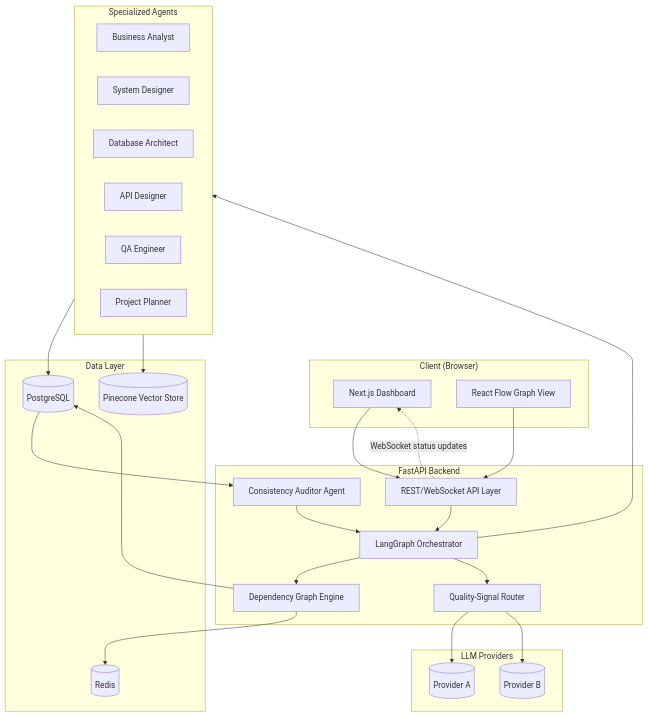
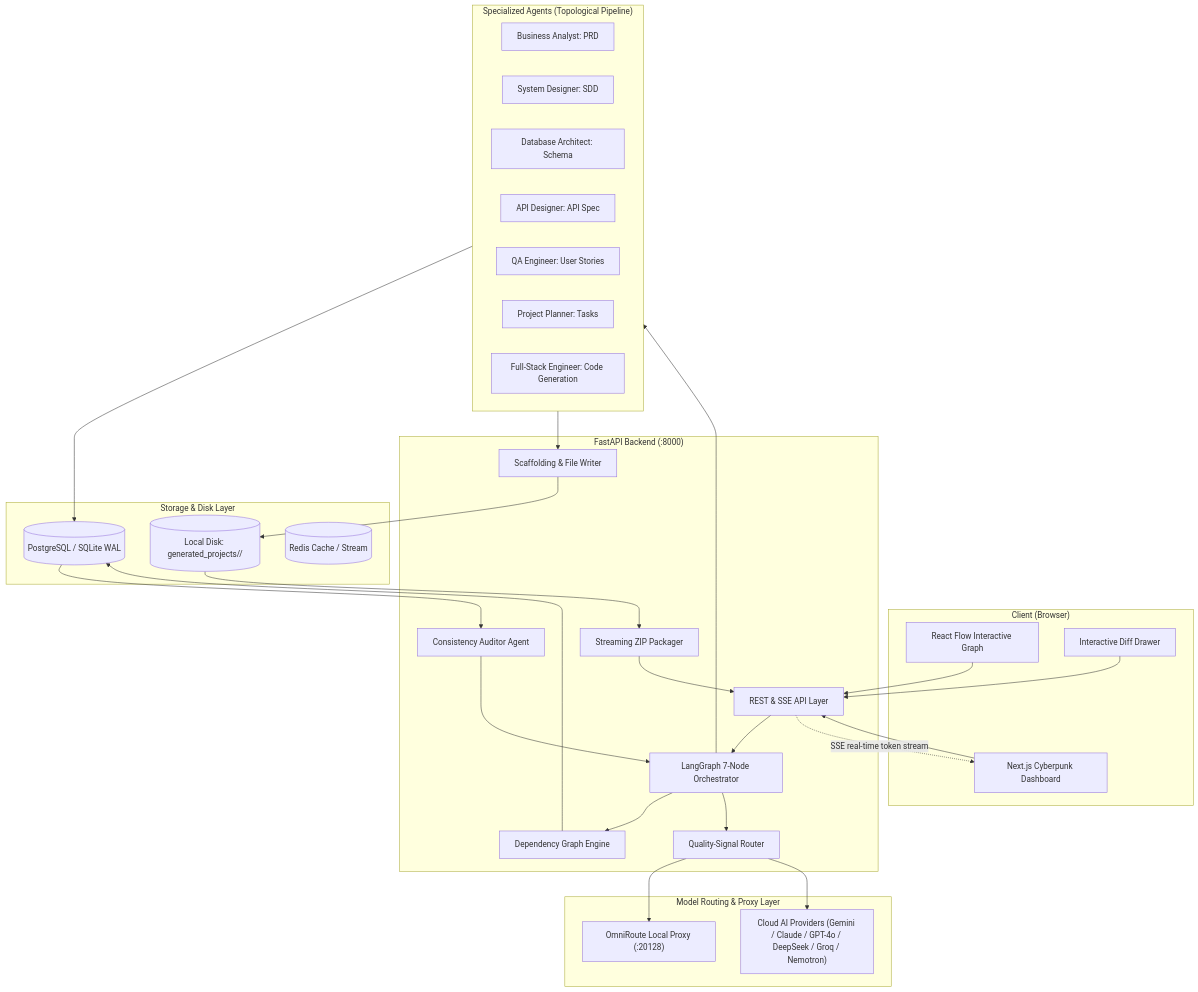
One commit to harishy0406/AgentFlow changed the first of 2 diagrams in docs/architecture.md. Above: the diagram before and after it, drawn with Mermaid. The commit also changed other lines of this file and 3 other files, not shown here.

Commit message:
docs: update PRD, SDD, architecture, and implementation plan with 7-node DAG, OmniRoute, and code scaffolding

````diff
--- a/docs/architecture.md
+++ b/docs/architecture.md
@@ -37,51 +39,58 @@
 ```mermaid
 flowchart TB
     subgraph Client["Client (Browser)"]
-        UI[Next.js Dashboard]
-        RF[React Flow Graph View]
+        UI[Next.js Cyberpunk Dashboard]
+        RF[React Flow Interactive Graph]
+        DIFF[Interactive Diff Drawer]
     end
 
-    subgraph Backend["FastAPI Backend"]
-        API[REST/WebSocket API Layer]
-        ORCH[LangGraph Orchestrator]
+    subgraph Backend["FastAPI Backend (:8000)"]
+        API[REST & SSE API Layer]
+        ORCH[LangGraph 7-Node Orchestrator]
         GRAPH[Dependency Graph Engine]
         ROUTER[Quality-Signal Router]
         AUDIT[Consistency Auditor Agent]
+        SCAFF[Scaffolding & File Writer]
+        ZIP[Streaming ZIP Packager]
     end
 
-    subgraph Agents["Specialized Agents"]
-        BA[Business Analyst]
-        SD[System Designer]
-        DA[Database Architect]
-        AD[API Designer]
-        QA[QA Engineer]
-        PP[Project Planner]
+    subgraph Agents["Specialized Agents (Topological Pipeline)"]
+        BA[Business Analyst: PRD]
+        SD[System Designer: SDD]
+        DA[Database Architect: Schema]
+        AD[API Designer: API Spec]
+        QA[QA Engineer: User Stories]
+        PP[Project Planner: Tasks]
+        CG[Full-Stack Engineer: Code Generation]
     end
 
-    subgraph Data["Data Layer"]
-        PG[(PostgreSQL)]
-        REDIS[(Redis)]
-        PC[(Pinecone Vector Store)]
+    subgraph Storage["Storage & Disk Layer"]
+        DB[(PostgreSQL / SQLite WAL)]
+        DISK[("Local Disk: generated_projects/<slug>/")]
+        REDIS[(Redis Cache / Stream)]
     end
 
-    subgraph LLMs["LLM Providers"]
-        P1[(Provider A)]
-        P2[(Provider B)]
+    subgraph ModelLayer["Model Routing & Proxy Layer"]
+        OR["OmniRoute Local Proxy (:20128)"]
+        CLOUD["Cloud AI Providers (Gemini / Claude / GPT-4o / DeepSeek / Groq / Nemotron)"]
     end
 
     UI --> API
     RF --> API
+    DIFF --> API
     API --> ORCH
     ORCH --> GRAPH
     ORCH --> ROUTER
     ORCH --> Agents
-    ROUTER --> P1
-    ROUTER --> P2
-    Agents --> PG
-    GRAPH --> PG
-    GRAPH --> REDIS
-    Agents --> PC
-    PG --> AUDIT
+    ROUTER --> OR
+    ROUTER --> CLOUD
+    Agents --> DB
+    Agents --> SCAFF
+    SCAFF --> DISK
+    DISK --> ZIP
+    ZIP --> API
+    GRAPH --> DB
+    DB --> AUDIT
     AUDIT --> ORCH
-    API -. WebSocket status updates .-> UI
+    API -. SSE real-time token stream .-> UI
 ```
````
